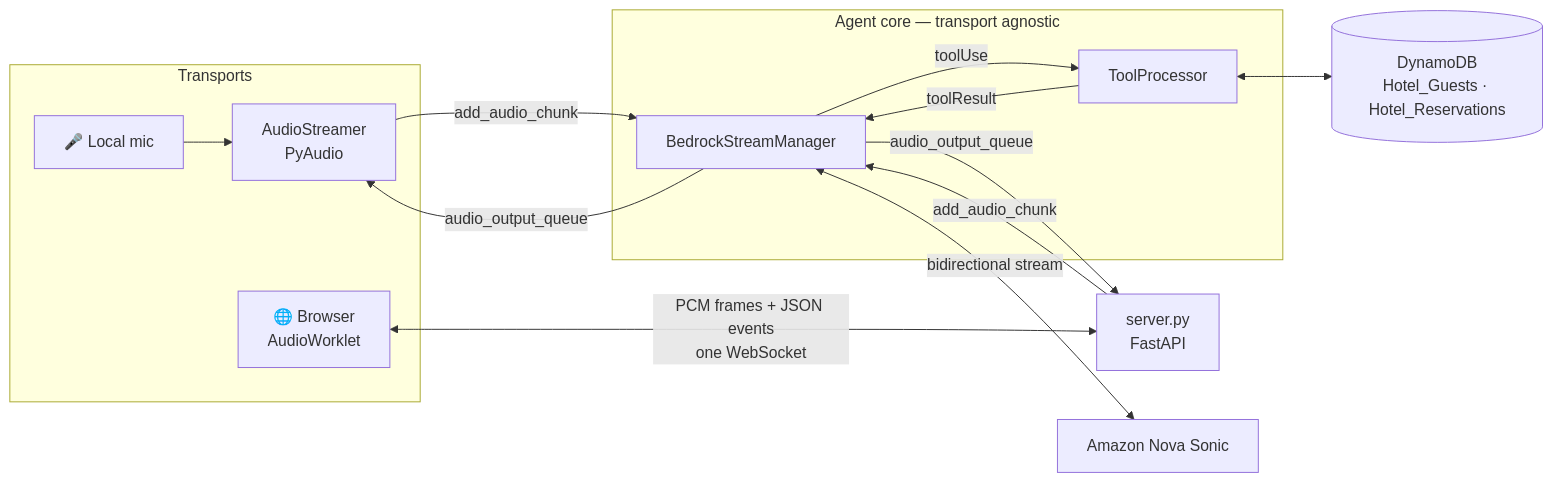
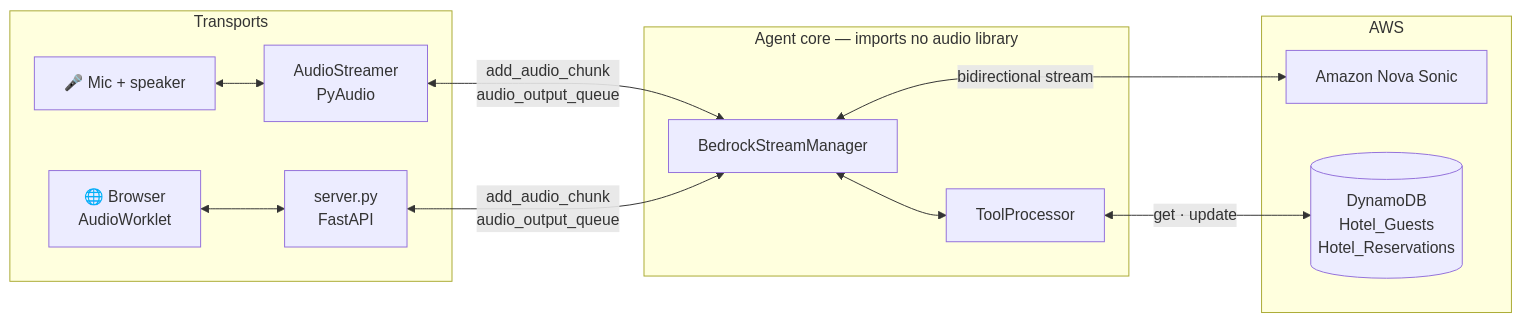
One commit to sathwika05/Real-Time-Voice-Reservation-Agent changed the first of 2 diagrams in README.md. Above: the diagram before and after it, drawn with Mermaid. The commit also changed other lines of this file, not shown here.

Commit message:
Redraw the architecture diagram so nothing crosses
server.py sat outside the Transports group, which forced the browser's
edge across the whole diagram and pulled Nova Sonic down below the
core. Rendered, the result was a knot.

server.py is the browser transport, so it belongs in that group. Each
transport now has one short bidirectional edge to the core, and the
diagram reads strictly left to right: transports, core, AWS.

Both diagrams verified rendering under mermaid 11. Also corrects the
step reference under the sequence diagram - written:false is step 9,
not 8.

````diff
--- a/README.md
+++ b/README.md
@@ -27,23 +27,21 @@
 ```mermaid
 flowchart LR
-    subgraph clients["Transports"]
-        Mic["🎤 Local mic"] --> AS["AudioStreamer<br/>PyAudio"]
-        Browser["🌐 Browser<br/>AudioWorklet"]
+    subgraph T["Transports"]
+        Mic["🎤 Mic + speaker"] <--> AS["AudioStreamer<br/>PyAudio"]
+        Br["🌐 Browser<br/>AudioWorklet"] <--> WS["server.py<br/>FastAPI"]
     end
 
-    Browser <-->|"PCM frames + JSON events<br/>one WebSocket"| WS["server.py<br/>FastAPI"]
-
-    subgraph core["Agent core — transport agnostic"]
-        BSM["BedrockStreamManager"]
-        TP["ToolProcessor"]
+    subgraph C["Agent core — imports no audio library"]
+        BSM["BedrockStreamManager"] <--> TP["ToolProcessor"]
     end
 
-    AS -->|"add_audio_chunk"| BSM
-    WS -->|"add_audio_chunk"| BSM
-    BSM <-->|"bidirectional stream"| NS["Amazon Nova Sonic"]
-    BSM -->|"toolUse"| TP
-    TP <--> DDB[("DynamoDB<br/>Hotel_Guests · Hotel_Reservations")]
-    TP -->|"toolResult"| BSM
-    BSM -->|"audio_output_queue"| AS
-    BSM -->|"audio_output_queue"| WS
+    subgraph A["AWS"]
+        NS["Amazon Nova Sonic"]
+        DB[("DynamoDB<br/>Hotel_Guests<br/>Hotel_Reservations")]
+    end
+
+    AS <-->|"add_audio_chunk<br/>audio_output_queue"| BSM
+    WS <-->|"add_audio_chunk<br/>audio_output_queue"| BSM
+    BSM <-->|"bidirectional stream"| NS
+    TP <-->|"get · update"| DB
 ```
````
